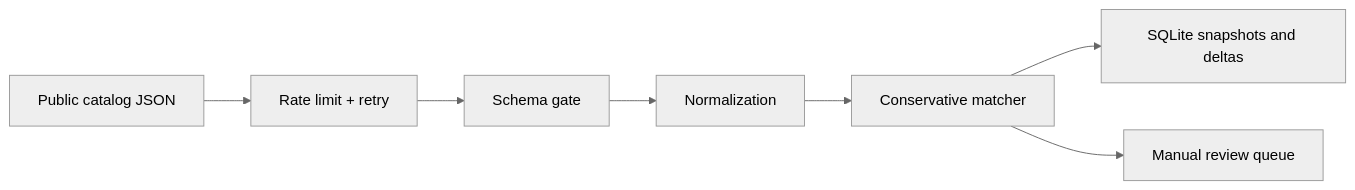
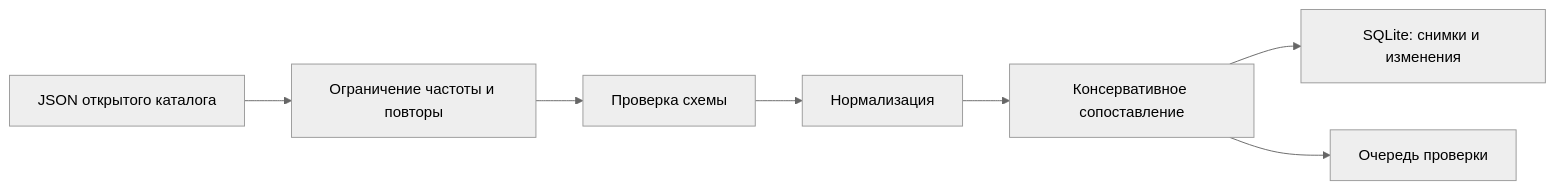
The diagram in docs/architecture.md (sergey-lastochkin/supplier-data-pipeline), drawn with Mermaid (neutral theme) before and after one commit. The commit also changed other lines of this file and 3 other files, not shown here.

Commit message:
docs: describe bounded public catalog check

````diff
--- a/docs/architecture.md
+++ b/docs/architecture.md
@@ -3,9 +3,9 @@
 ```mermaid
 flowchart LR
-  A["Public catalog JSON"] --> B["Rate limit + retry"]
-  B --> C["Schema gate"]
-  C --> D["Normalization"]
-  D --> E["Conservative matcher"]
-  E --> F["SQLite snapshots and deltas"]
-  E --> G["Manual review queue"]
+  A["JSON открытого каталога"] --> B["Ограничение частоты и повторы"]
+  B --> C["Проверка схемы"]
+  C --> D["Нормализация"]
+  D --> E["Консервативное сопоставление"]
+  E --> F["SQLite: снимки и изменения"]
+  E --> G["Очередь проверки"]
 ```
````
